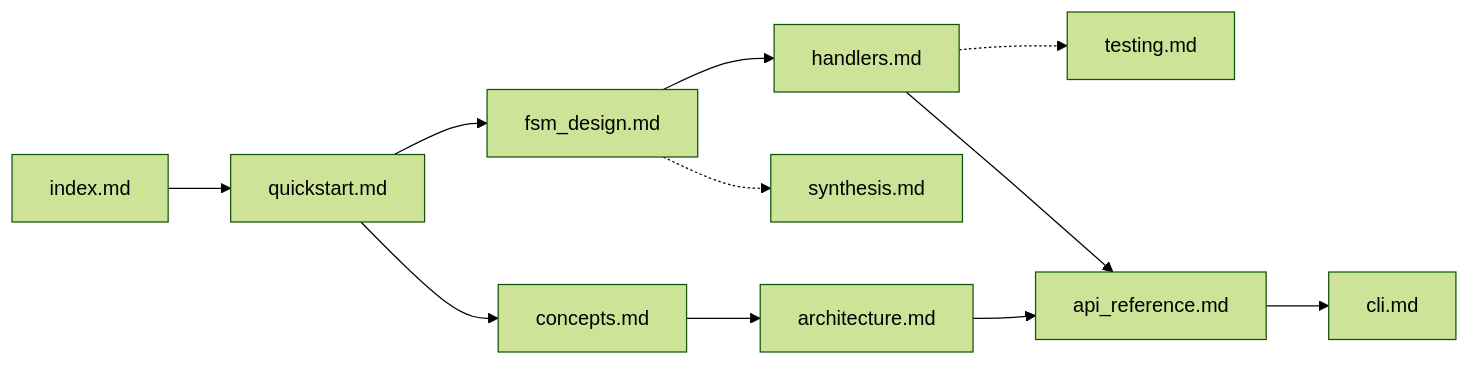
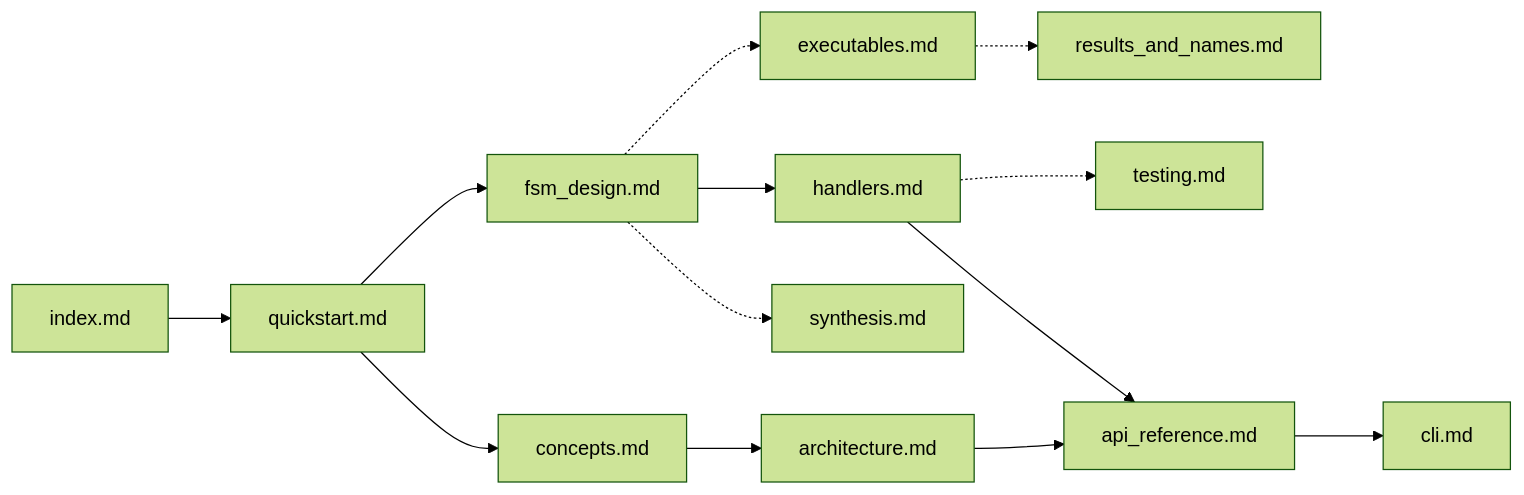
The diagram in docs/README.md (NikolasMarkou/fsm_llm), drawn with Mermaid (forest theme) before and after one commit. The commit also changed other lines of this file and 12 other files, not shown here.

First line of the commit message:
[plan-2026-11-20-ace7a8c8/iter-3/step-17.1] docs(core): guides for executables, results, names and the JSON patch applier

````diff
--- a/docs/README.md
+++ b/docs/README.md
@@ -34,10 +36,11 @@
 ```mermaid
 flowchart LR
     I[index.md] --> Q[quickstart.md] --> D[fsm_design.md] --> H[handlers.md]
     Q --> C[concepts.md] --> A[architecture.md]
     D -.-> S[synthesis.md]
+    D -.-> E[executables.md] -.-> N[results_and_names.md]
     H -.-> T[testing.md]
     A --> R[api_reference.md]
     H --> R
     R --> L[cli.md]
 ```
````
